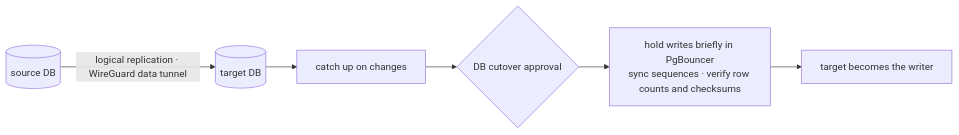
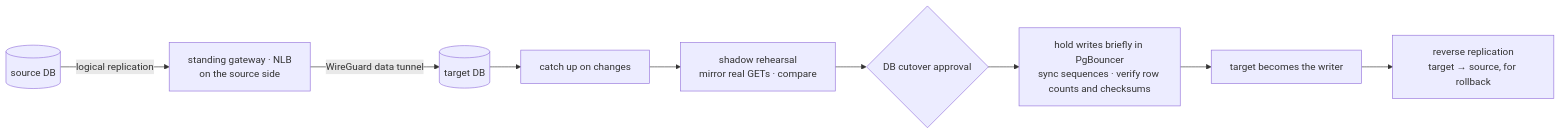
The seventh of 9 diagrams in README.md (SoftBank-Hackathon-2026-Team-Jackal/cloud-migration-platform), drawn with Mermaid before and after one commit. The commit also changed other lines of this file and 2 other files, not shown here.

````diff
--- a/README.md
+++ b/README.md
@@ -170,8 +201,11 @@
 ```mermaid
 flowchart LR
-  SRC[(source DB)] -->|logical replication · WireGuard data tunnel| TGT[(target DB)]
+  SRC[(source DB)] -->|logical replication| GW[standing gateway · NLB<br/>on the source side]
+  GW -->|WireGuard data tunnel| TGT[(target DB)]
   TGT --> ST[catch up on changes]
-  ST --> AP{DB cutover approval}
+  ST --> SH[shadow rehearsal<br/>mirror real GETs · compare]
+  SH --> AP{DB cutover approval}
   AP --> PB[hold writes briefly in PgBouncer<br/>sync sequences · verify row counts and checksums]
   PB --> SW[target becomes the writer]
+  SW --> RV[reverse replication<br/>target → source, for rollback]
 ```
````
